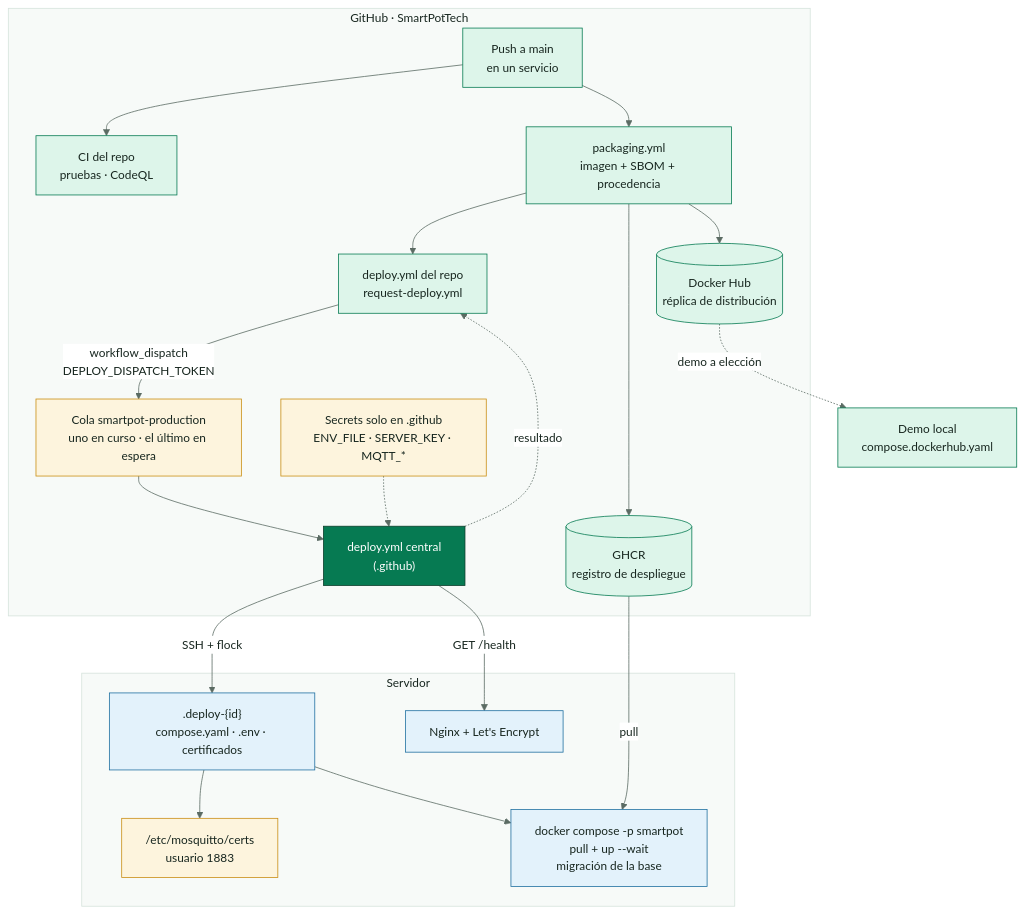
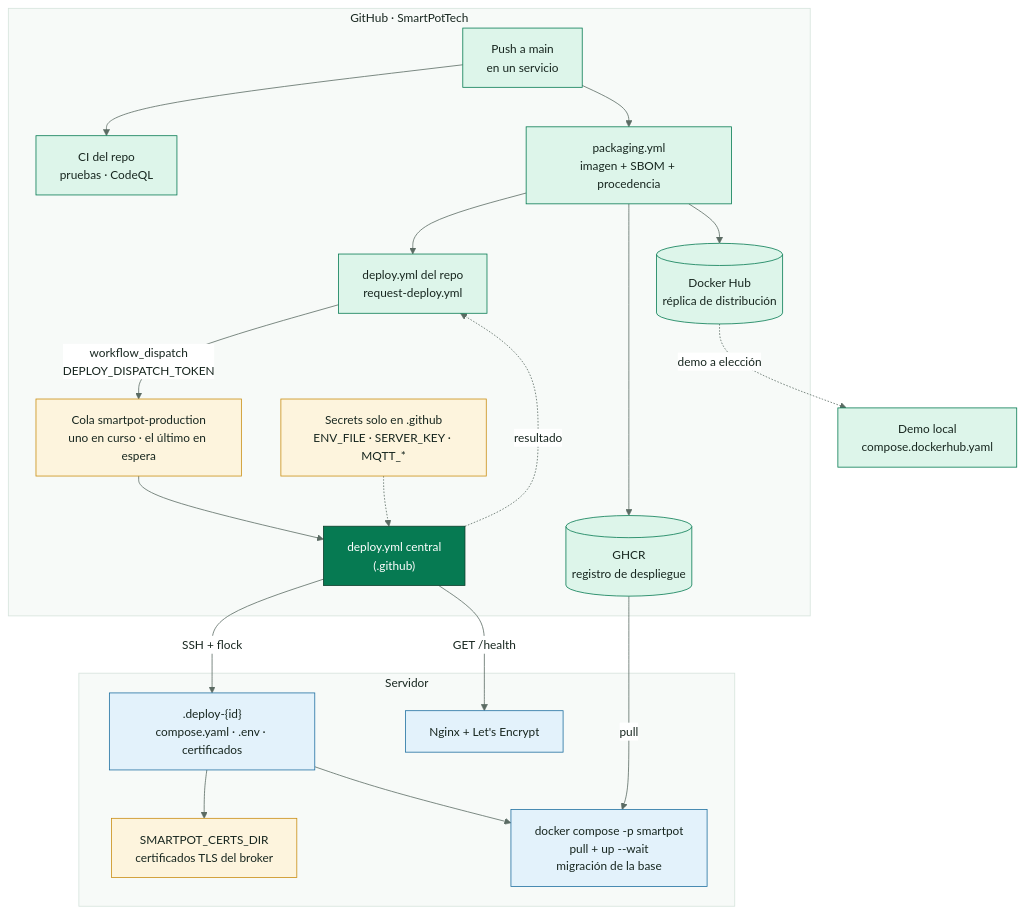
One commit to SmartPotTech/.github changed diagram 34 of 42 in docs/SmartPot_Software_Lifecycle.md. Above: the diagram before and after it, drawn with Mermaid. The commit also changed other lines of this file and 21 other files, not shown here.

Commit message:
Update platform documentation and architecture diagrams for production Stack B [skip deploy] #no-deploy

````diff
--- a/docs/SmartPot_Software_Lifecycle.md
+++ b/docs/SmartPot_Software_Lifecycle.md
@@ -2373,35 +2385,35 @@
 ```mermaid
 %%{init: {"theme": "base", "fontFamily": "Segoe UI, Arial, sans-serif", "themeVariables": {"fontFamily": "Segoe UI, Arial, sans-serif", "fontSize": "15px", "primaryColor": "#DDF5EA", "primaryTextColor": "#17261F", "primaryBorderColor": "#067A52", "secondaryColor": "#E3F2FB", "secondaryTextColor": "#17261F", "secondaryBorderColor": "#1F6FA0", "tertiaryColor": "#F2F7F4", "tertiaryTextColor": "#17261F", "tertiaryBorderColor": "#D5E3DC", "lineColor": "#5B6B63", "textColor": "#17261F", "mainBkg": "#DDF5EA", "nodeBorder": "#067A52", "clusterBkg": "#F7FAF8", "clusterBorder": "#D5E3DC", "edgeLabelBackground": "#FFFFFF", "actorBkg": "#067A52", "actorBorder": "#0B3D2B", "actorTextColor": "#FFFFFF", "actorLineColor": "#5B6B63", "signalColor": "#17261F", "signalTextColor": "#17261F", "labelBoxBkgColor": "#0B3D2B", "labelBoxBorderColor": "#0B3D2B", "labelTextColor": "#FFFFFF", "loopTextColor": "#0B3D2B", "noteBkgColor": "#FDF4DD", "noteBorderColor": "#C98D12", "noteTextColor": "#17261F", "activationBkgColor": "#DDF5EA", "activationBorderColor": "#067A52", "attributeBackgroundColorOdd": "#FFFFFF", "attributeBackgroundColorEven": "#F2F7F4"}}}%%
 flowchart TB
   subgraph github["GitHub · SmartPotTech"]
     repo["Push a main<br/>en un servicio"] --> ci["CI del repo<br/>pruebas · CodeQL"]
     repo --> pkg["packaging.yml<br/>imagen + SBOM + procedencia"]
     pkg --> ghcr[("GHCR<br/>registro de despliegue")]
     pkg --> hub[("Docker Hub<br/>réplica de distribución")]
     pkg --> dep["deploy.yml del repo<br/>request-deploy.yml"]
     dep -->|"workflow_dispatch<br/>DEPLOY_DISPATCH_TOKEN"| queue["Cola smartpot-production<br/>uno en curso · el último en espera"]
     queue --> central["deploy.yml central<br/>(.github)"]
     central -.->|"resultado"| dep
     secrets["Secrets solo en .github<br/>ENV_FILE · SERVER_KEY · MQTT_*"] -.-> central
   end
   subgraph servidor["Servidor"]
     stage[".deploy-{id}<br/>compose.yaml · .env · certificados"]
-    certs["/etc/mosquitto/certs<br/>usuario 1883"]
+    certs["SMARTPOT_CERTS_DIR<br/>certificados TLS del broker"]
     compose["docker compose -p smartpot<br/>pull + up --wait<br/>migración de la base"]
     nginx["Nginx + Let's Encrypt"]
   end
   central -->|"SSH + flock"| stage
   stage --> certs
   stage --> compose
   ghcr -->|"pull"| compose
   hub -.->|"demo a elección"| demo["Demo local<br/>compose.dockerhub.yaml"]
   central -->|"GET /health"| nginx
   classDef gh fill:#DDF5EA,stroke:#067A52,color:#17261F
   classDef key fill:#FDF4DD,stroke:#C98D12,color:#17261F
   classDef srv fill:#E3F2FB,stroke:#1F6FA0,color:#17261F
   classDef core fill:#067A52,stroke:#0B3D2B,color:#FFFFFF
   class repo,ci,pkg,dep,demo gh
   class central core
   class secrets,certs,queue key
   class stage,compose,nginx srv
 ```
````
